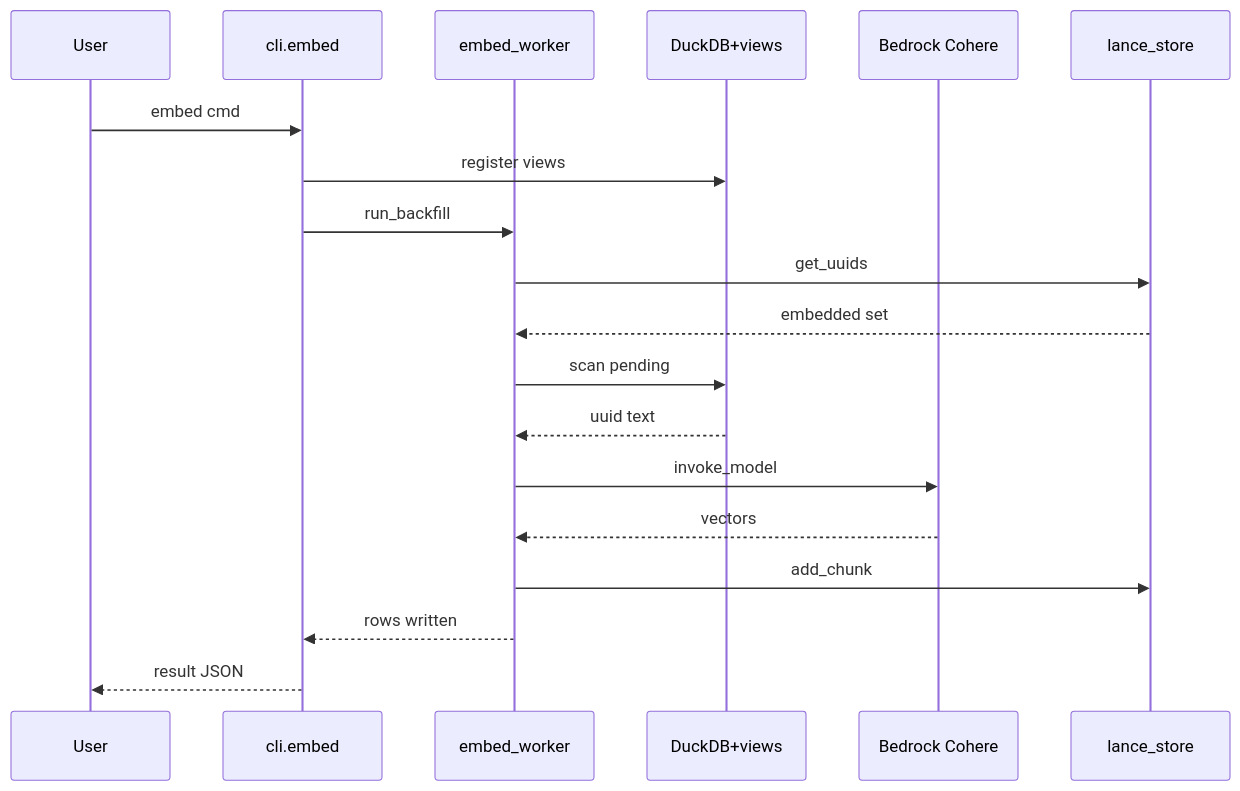
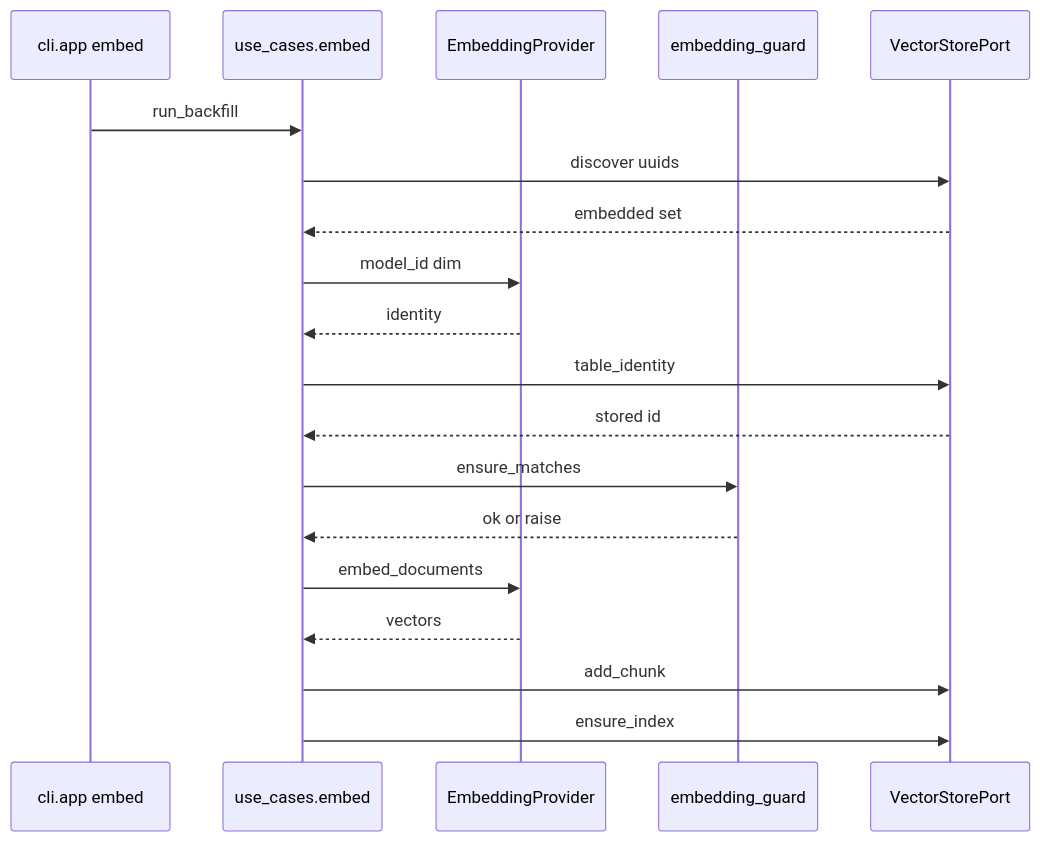
The second of 3 diagrams in docs/diagrams/behavioral/sequences.md (theagenticguy/claude-sql), drawn with Mermaid before and after one commit. The commit also changed other lines of this file and 279 other files, not shown here.

First line of the commit message:
feat(v2)!: hexagonal architecture — domain/application/infrastructure/interfaces (#159)

````diff
--- a/docs/diagrams/behavioral/sequences.md
+++ b/docs/diagrams/behavioral/sequences.md
@@ -40,22 +55,22 @@
 ```mermaid
 sequenceDiagram
-    participant User
-    participant CLI as cli.embed
-    participant Worker as embed_worker
-    participant DuckDB as DuckDB+views
-    participant Bedrock as Bedrock Cohere
-    participant Lance as lance_store
+    participant CLI as cli.app embed
+    participant BF as use_cases.embed
+    participant Prov as EmbeddingProvider
+    participant Guard as embedding_guard
+    participant Store as VectorStorePort
 
-    User->>CLI: embed cmd
-    CLI->>DuckDB: register views
-    CLI->>Worker: run_backfill
-    Worker->>Lance: get_uuids
-    Lance-->>Worker: embedded set
-    Worker->>DuckDB: scan pending
-    DuckDB-->>Worker: uuid text
-    Worker->>Bedrock: invoke_model
-    Bedrock-->>Worker: vectors
-    Worker->>Lance: add_chunk
-    Worker-->>CLI: rows written
-    CLI-->>User: result JSON
+    CLI->>BF: run_backfill
+    BF->>Store: discover uuids
+    Store-->>BF: embedded set
+    BF->>Prov: model_id dim
+    Prov-->>BF: identity
+    BF->>Store: table_identity
+    Store-->>BF: stored id
+    BF->>Guard: ensure_matches
+    Guard-->>BF: ok or raise
+    BF->>Prov: embed_documents
+    Prov-->>BF: vectors
+    BF->>Store: add_chunk
+    BF->>Store: ensure_index
 ```
````
